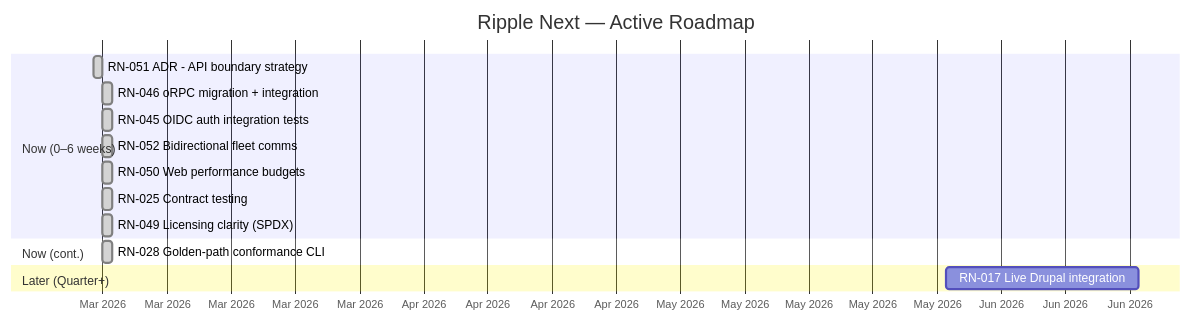
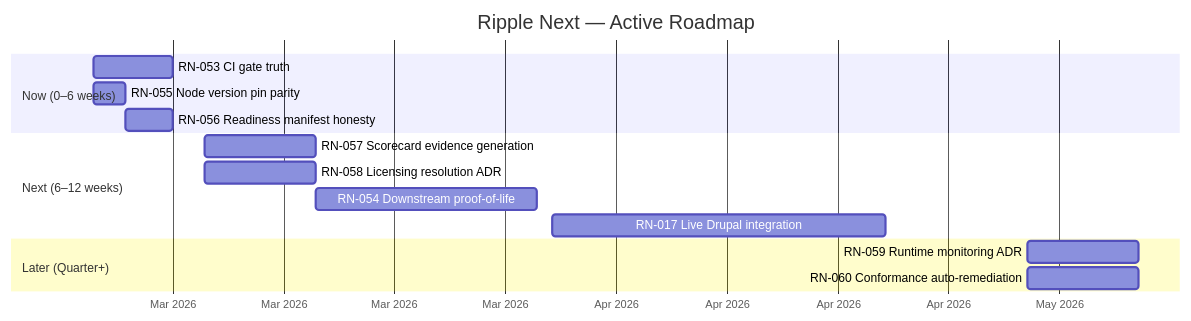
The diagram in docs/product-roadmap/README.md (jbejenar/ripple-next), drawn with Mermaid before and after one commit. The commit also changed other lines of this file and 1 other file, not shown here.

First line of the commit message:
docs(roadmap): v7.0.0 — honesty restructure, archive hygiene, 8 new items

````diff
--- a/docs/product-roadmap/README.md
+++ b/docs/product-roadmap/README.md
@@ -16,21 +17,21 @@
 ```mermaid
 gantt
     title Ripple Next — Active Roadmap
     dateFormat YYYY-MM-DD
     axisFormat %b %Y
 
     section Now (0–6 weeks)
-    RN-051 ADR - API boundary strategy      :done, rn051, 2026-02-28, 1d
-    RN-046 oRPC migration + integration     :done, rn046, 2026-03-01, 1d
-    RN-045 OIDC auth integration tests      :done, rn045, 2026-03-01, 1d
-    RN-052 Bidirectional fleet comms        :done, rn052, 2026-03-01, 1d
-    RN-050 Web performance budgets          :done, rn050, 2026-03-01, 1d
-    RN-025 Contract testing                 :done, rn025, 2026-03-01, 1d
-    RN-049 Licensing clarity (SPDX)         :done, rn049, 2026-03-01, 1d
+    RN-053 CI gate truth                   :rn053, 2026-03-03, 5d
+    RN-055 Node version pin parity         :rn055, 2026-03-03, 2d
+    RN-056 Readiness manifest honesty      :rn056, 2026-03-05, 3d
 
-    section Now (cont.)
-    RN-028 Golden-path conformance CLI      :done, rn028, 2026-03-01, 1d
+    section Next (6–12 weeks)
+    RN-057 Scorecard evidence generation   :rn057, 2026-03-10, 7d
+    RN-058 Licensing resolution ADR        :rn058, 2026-03-10, 7d
+    RN-054 Downstream proof-of-life        :rn054, 2026-03-17, 14d
+    RN-017 Live Drupal integration         :rn017, 2026-04-01, 21d
 
     section Later (Quarter+)
-    RN-017 Live Drupal integration          :rn017, 2026-06-01, 21d
+    RN-059 Runtime monitoring ADR          :rn059, 2026-05-01, 7d
+    RN-060 Conformance auto-remediation    :rn060, 2026-05-01, 7d
 ```
````
